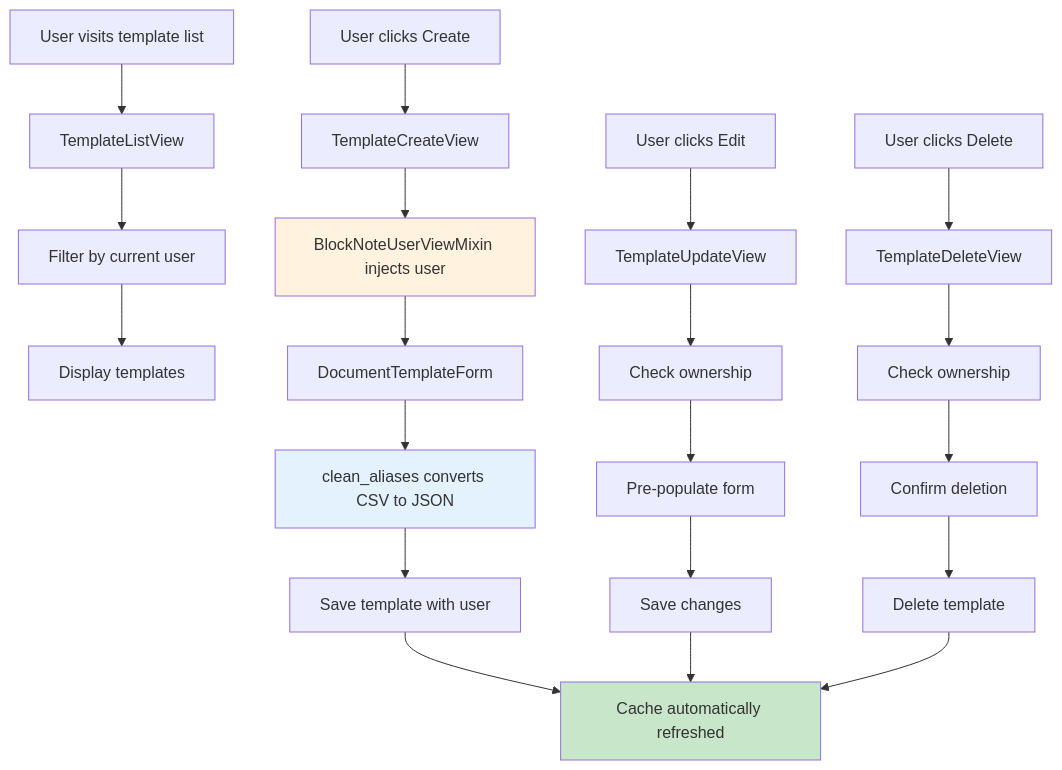
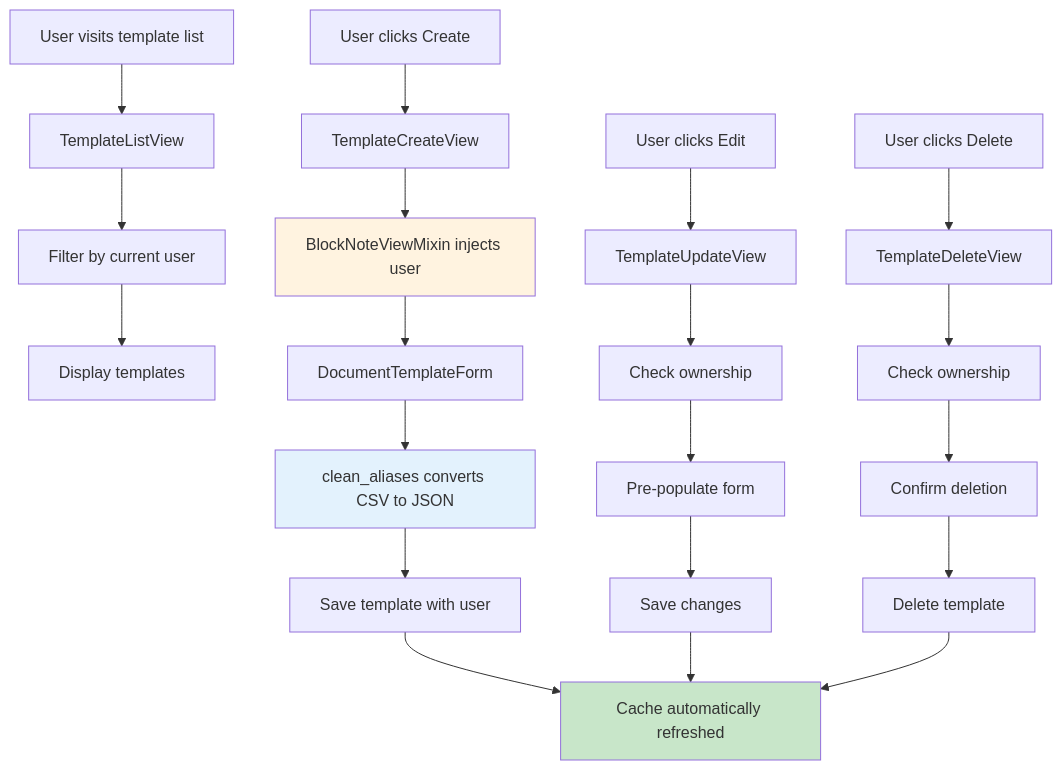
The diagram in docs/source/how-to-guides/doc-templates.md (Dunwright-dev/django-blocknote), drawn with Mermaid before and after one commit. The commit also changed other lines of this file and 3 other files, not shown here.

````diff
--- a/docs/source/how-to-guides/doc-templates.md
+++ b/docs/source/how-to-guides/doc-templates.md
@@ -388,29 +388,29 @@
 ```{mermaid}
 graph TD
     A[User visits template list] --> B[TemplateListView]
     B --> C[Filter by current user]
     C --> D[Display templates]
     
     E[User clicks Create] --> F[TemplateCreateView]
-    F --> G[BlockNoteUserViewMixin injects user]
+    F --> G[BlockNoteViewMixin injects user]
     G --> H[DocumentTemplateForm]
     H --> I[clean_aliases converts CSV to JSON]
     I --> J[Save template with user]
     J --> K[Cache automatically refreshed]
     
     L[User clicks Edit] --> M[TemplateUpdateView]
     M --> N[Check ownership]
     N --> O[Pre-populate form]
     O --> P[Save changes]
     P --> K
     
     Q[User clicks Delete] --> R[TemplateDeleteView]
     R --> S[Check ownership]
     S --> T[Confirm deletion]
     T --> U[Delete template]
     U --> K
     
     style K fill:#c8e6c9
     style G fill:#fff3e0
     style I fill:#e3f2fd
 ```
````
